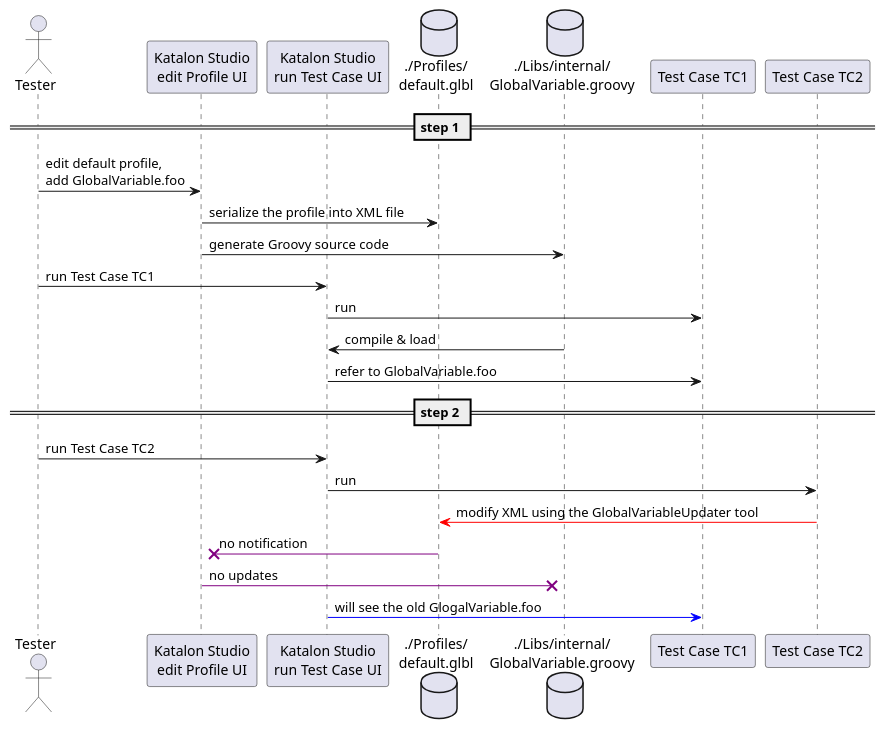
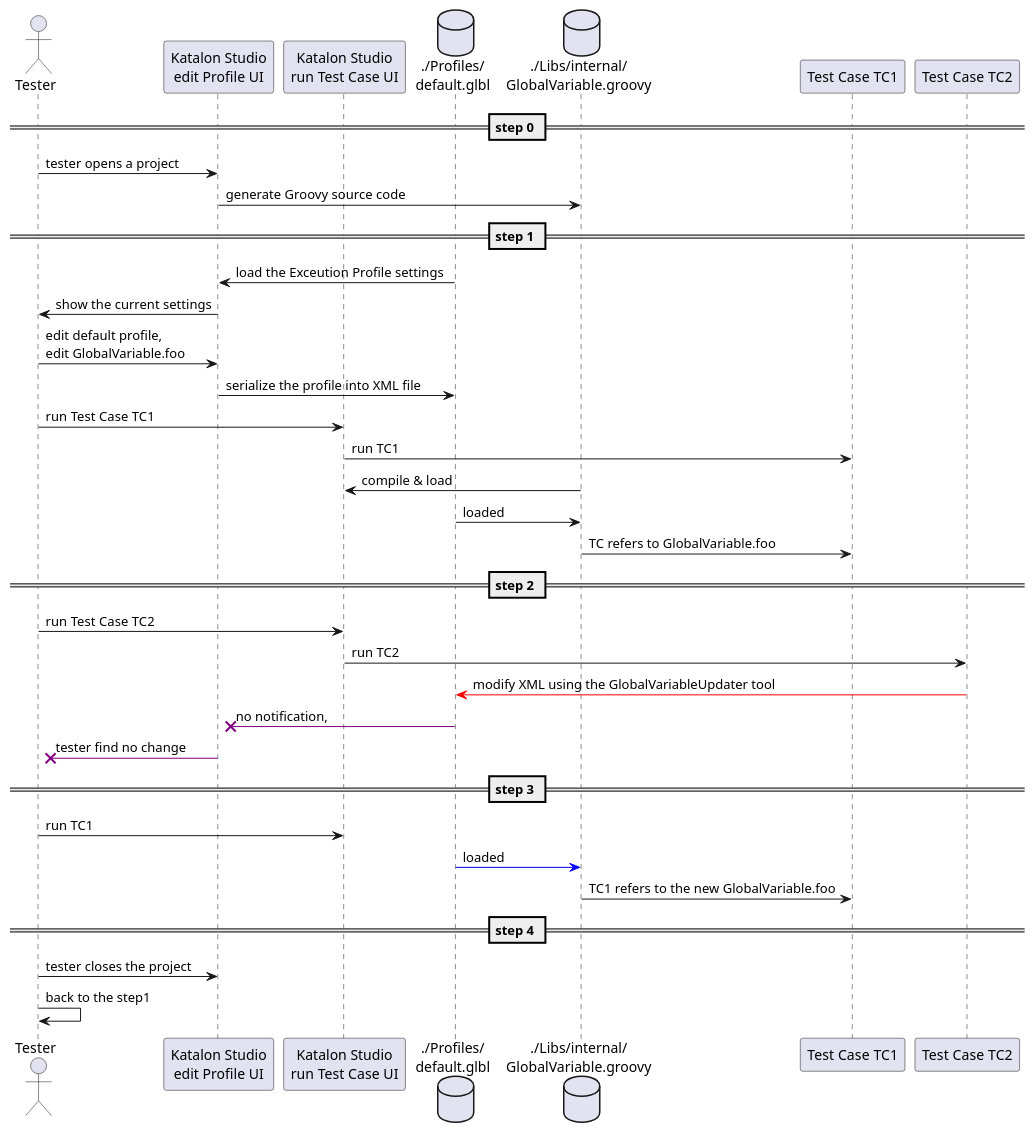
The diagram in docs/diagrams/src/sequence.pu (kazurayam/ConfiguringKatalonProjectWithJson), drawn with PlantUML before and after one commit. The commit also changed 2 other files, not shown here.

```diff
--- a/docs/diagrams/src/sequence.pu
+++ b/docs/diagrams/src/sequence.pu
@@ -1,26 +1,40 @@
 @startuml sequence
 actor       Tester        as tester
 participant "Katalon Studio\nedit Profile UI" as kspf
 participant "Katalon Studio\nrun Test Case UI" as kstc
 database    "./Profiles/\ndefault.glbl" as glbl
 database    "./Libs/internal/\nGlobalVariable.groovy" as gvgr
 participant "Test Case TC1" as tc1
 participant "Test Case TC2" as tc2
 
+== step 0 ==
+tester -> kspf : tester opens a project
+kspf   -> gvgr : generate Groovy source code
+
 == step 1 ==
-tester -> kspf : edit default profile,\nadd GlobalVariable.foo
+glbl   -> kspf : load the Exceution Profile settings
+kspf   -> tester : show the current settings
+tester -> kspf : edit default profile,\nedit GlobalVariable.foo
 kspf   -> glbl : serialize the profile into XML file
-kspf   -> gvgr : generate Groovy source code
 tester -> kstc : run Test Case TC1
-kstc   -> tc1  : run
+kstc   -> tc1  : run TC1
 gvgr   -> kstc : compile & load
-kstc   -> tc1  : refer to GlobalVariable.foo
+glbl   -> gvgr : loaded
+gvgr   -> tc1  : TC refers to GlobalVariable.foo
 
 == step 2 ==
 tester -> kstc : run Test Case TC2
-kstc   -> tc2  : run
+kstc   -> tc2  : run TC2
 tc2    -[#red]> glbl : modify XML using the GlobalVariableUpdater tool
-glbl   -[#purple]>x kspf : no notification
-kspf   -[#purple]>x gvgr : no updates
-kstc   -[#blue]> tc1  : will see the old GlogalVariable.foo
+glbl   -[#purple]>x kspf : no notification,
+kspf   -[#purple]>x tester : tester find no change
+
+== step 3 ==
+tester -> kstc : run TC1
+glbl   -[#blue]> gvgr  : loaded
+gvgr   -> tc1  : TC1 refers to the new GlobalVariable.foo
+
+== step 4 ==
+tester -> kspf  : tester closes the project
+tester -> tester : back to the step1
 @enduml
```
